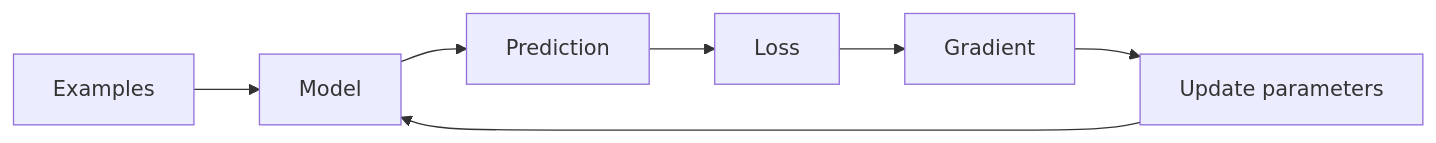
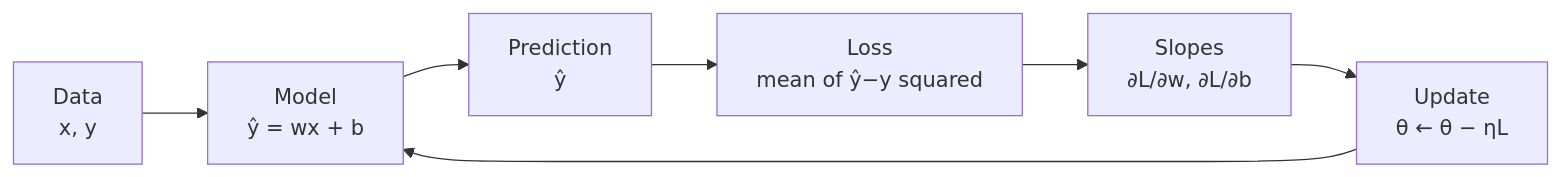
The diagram in Lecture 01 - What Does It Mean for a Machine to Learn/blog.md (manish7725/deeplearning), drawn with Mermaid before and after one commit. The commit also changed other lines of this file and 5 other files, not shown here.

````diff
--- a/Lecture 01 - What Does It Mean for a Machine to Learn/blog.md
+++ b/Lecture 01 - What Does It Mean for a Machine to Learn/blog.md
@@ -354,9 +429,9 @@
 ```mermaid
 flowchart LR
-    A[Examples] --> B[Model]
-    B --> C[Prediction]
-    C --> D[Loss]
-    D --> E[Gradient]
-    E --> F[Update parameters]
+    A[Data<br/>x, y] --> B[Model<br/>ŷ = wx + b]
+    B --> C[Prediction<br/>ŷ]
+    C --> D[Loss<br/>mean of ŷ−y squared]
+    D --> E[Slopes<br/>∂L/∂w, ∂L/∂b]
+    E --> F[Update<br/>θ ← θ − ηL]
     F --> B
 ```
````
